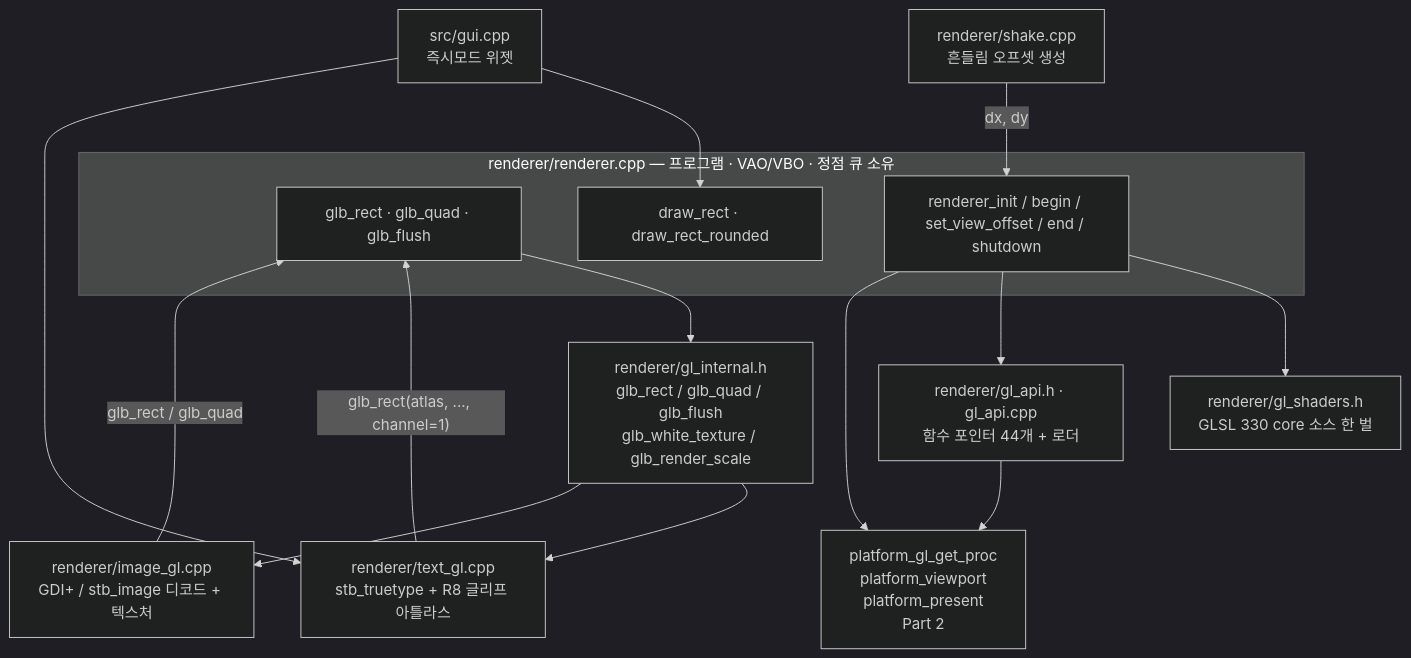
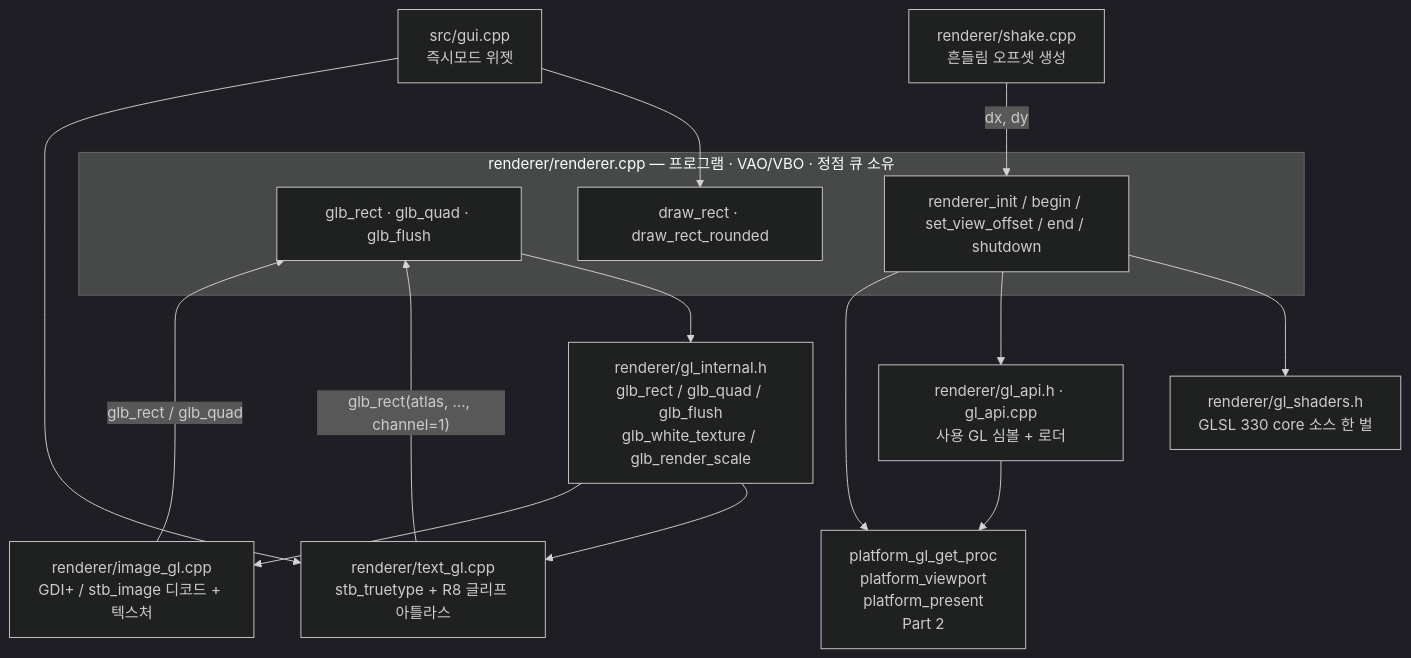
The fourth of 7 diagrams in docs/blog/part3-rendering-and-ui.md (Rein-ArXiv/Tetris-Multiplayer-RL), drawn with Mermaid (dark theme) before and after one commit. The commit also changed other lines of this file and 39 other files, not shown here.

````diff
--- a/docs/blog/part3-rendering-and-ui.md
+++ b/docs/blog/part3-rendering-and-ui.md
@@ -431,29 +430,29 @@
 ```mermaid
 graph TB
     subgraph OWN["renderer/renderer.cpp — 프로그램 · VAO/VBO · 정점 큐 소유"]
         BATCH["glb_rect · glb_quad · glb_flush"]
         API1["draw_rect · draw_rect_rounded"]
         LIFE["renderer_init / begin / set_view_offset / end / shutdown"]
     end
-    API["renderer/gl_api.h · gl_api.cpp<br/>함수 포인터 44개 + 로더"]
+    API["renderer/gl_api.h · gl_api.cpp<br/>사용 GL 심볼 + 로더"]
     SH["renderer/gl_shaders.h<br/>GLSL 330 core 소스 한 벌"]
     GI["renderer/gl_internal.h<br/>glb_rect / glb_quad / glb_flush<br/>glb_white_texture / glb_render_scale"]
     TXT["renderer/text_gl.cpp<br/>stb_truetype + R8 글리프 아틀라스"]
     IMG["renderer/image_gl.cpp<br/>GDI+ / stb_image 디코드 + 텍스처"]
     SHK["renderer/shake.cpp<br/>흔들림 오프셋 생성"]
     GUI["src/gui.cpp<br/>즉시모드 위젯"]
     PLAT["platform_gl_get_proc<br/>platform_viewport<br/>platform_present<br/>Part 2"]
 
     BATCH --> GI
     GI --> TXT
     GI --> IMG
     TXT -- "glb_rect(atlas, ..., channel=1)" --> BATCH
     IMG -- "glb_rect / glb_quad" --> BATCH
     LIFE --> SH
     LIFE --> API
     API --> PLAT
     GUI --> API1
     GUI --> TXT
     SHK -- "dx, dy" --> LIFE
     LIFE --> PLAT
 ```
````
